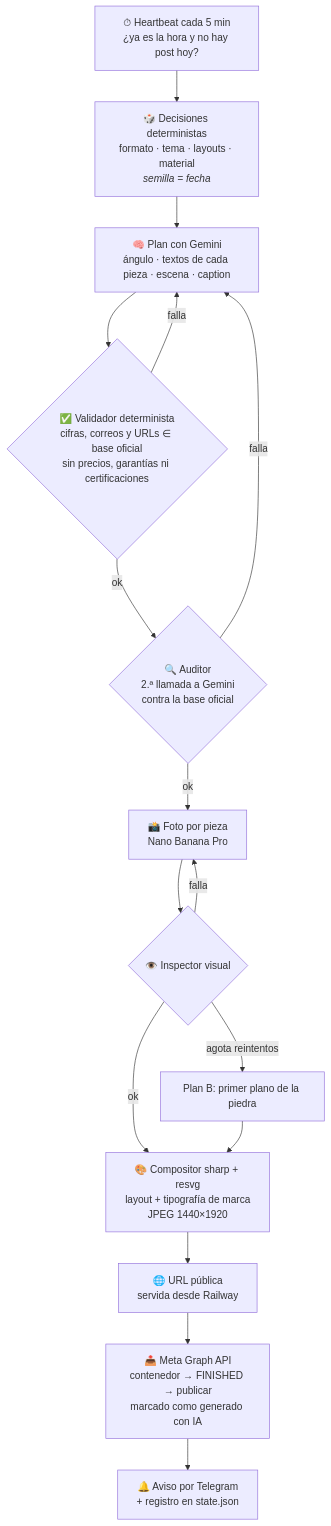
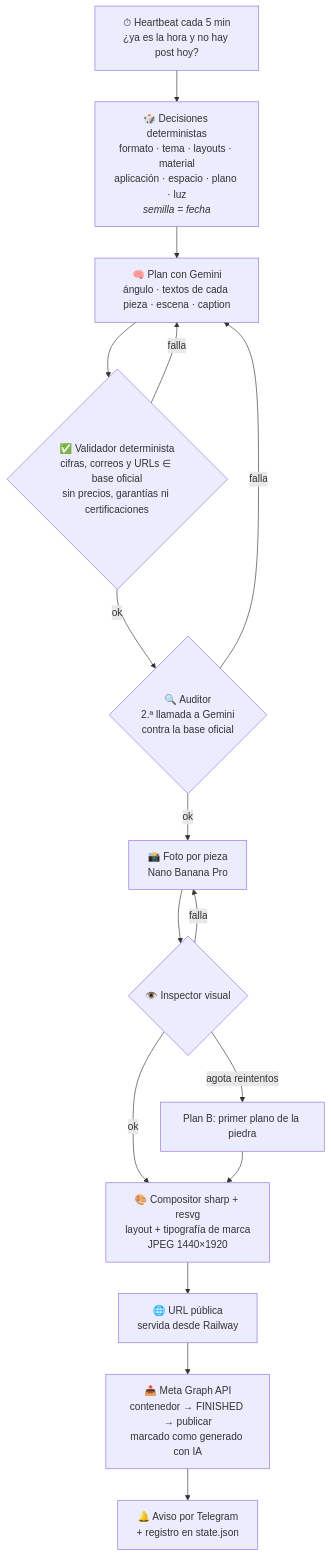
One commit to Kin9Zeus/Millimeter-SM-Automation changed the diagram in README.md. Above: the diagram before and after it, drawn with Mermaid. The commit also changed other lines of this file and 15 other files, not shown here.

````diff
--- a/README.md
+++ b/README.md
@@ -43,22 +46,22 @@
 ```mermaid
 flowchart TD
     T["⏱ Heartbeat cada 5 min<br/>¿ya es la hora y no hay post hoy?"] --> D
-    D["🎲 Decisiones deterministas<br/>formato · tema · layouts · material<br/><i>semilla = fecha</i>"] --> P
+    D["🎲 Decisiones deterministas<br/>formato · tema · layouts · material<br/>aplicación · espacio · plano · luz<br/><i>semilla = fecha</i>"] --> P
     P["🧠 Plan con Gemini<br/>ángulo · textos de cada pieza · escena · caption"] --> V
     V{"✅ Validador determinista<br/>cifras, correos y URLs ∈ base oficial<br/>sin precios, garantías ni certificaciones"}
     V -- falla --> P
     V -- ok --> A
     A{"🔍 Auditor<br/>2.ª llamada a Gemini<br/>contra la base oficial"}
     A -- falla --> P
     A -- ok --> F
     F["📸 Foto por pieza<br/>Nano Banana Pro"] --> I
     I{"👁️ Inspector visual"}
     I -- falla --> F
     I -- "agota reintentos" --> X["Plan B: primer plano de la piedra"]
     I -- ok --> C
     X --> C
     C["🎨 Compositor sharp + resvg<br/>layout + tipografía de marca<br/>JPEG 1440×1920"] --> U
     U["🌐 URL pública<br/>servida desde Railway"] --> M
     M["📤 Meta Graph API<br/>contenedor → FINISHED → publicar<br/>marcado como generado con IA"] --> N
     N["🔔 Aviso por Telegram<br/>+ registro en state.json"]
 ```
````
